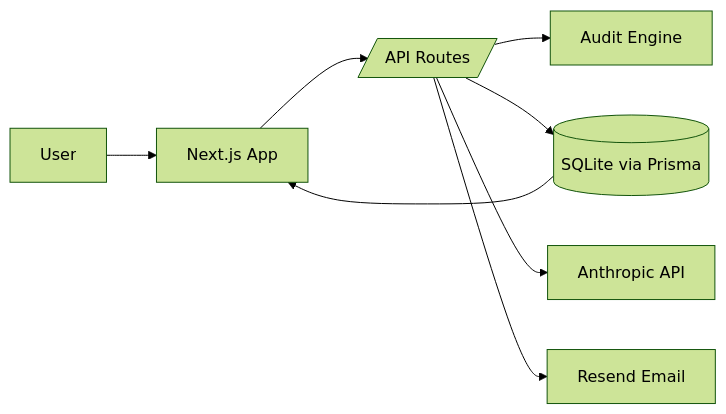
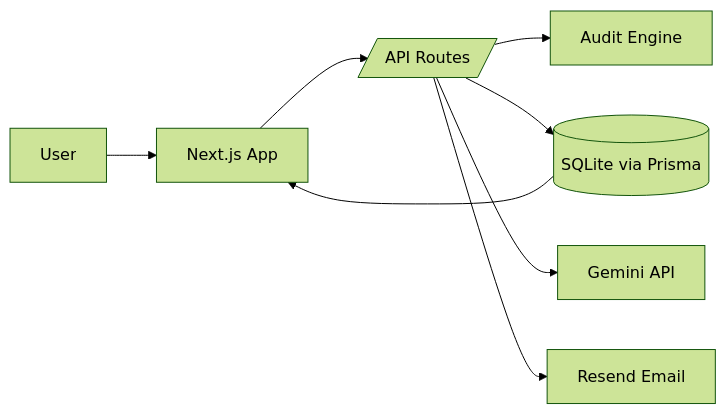
One commit to vikassalgude/stack-audit changed the diagram in ARCHITECTURE.md. Above: the diagram before and after it, drawn with Mermaid (forest theme). The commit also changed other lines of this file and 15 other files, not shown here.

Commit message:
feat: migrate from Anthropic to Gemini AI for audit summaries and refactor related components

````diff
--- a/ARCHITECTURE.md
+++ b/ARCHITECTURE.md
@@ -4,10 +4,10 @@
 ```mermaid
 flowchart LR
   U[User] --> UI[Next.js App]
   UI --> API[/API Routes/]
   API --> AE[Audit Engine]
   API --> DB[(SQLite via Prisma)]
-  API --> LLM[Anthropic API]
+  API --> LLM[Gemini API]
   API --> Email[Resend Email]
   DB --> UI
 ```
````
